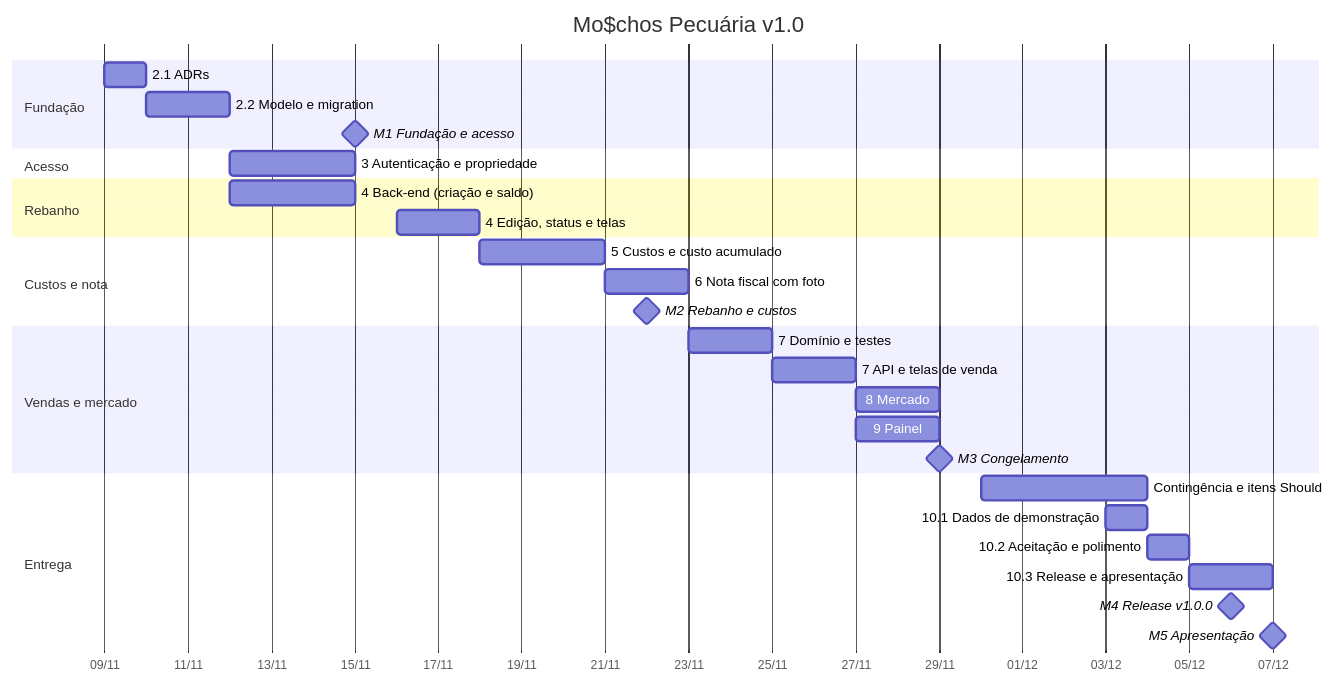
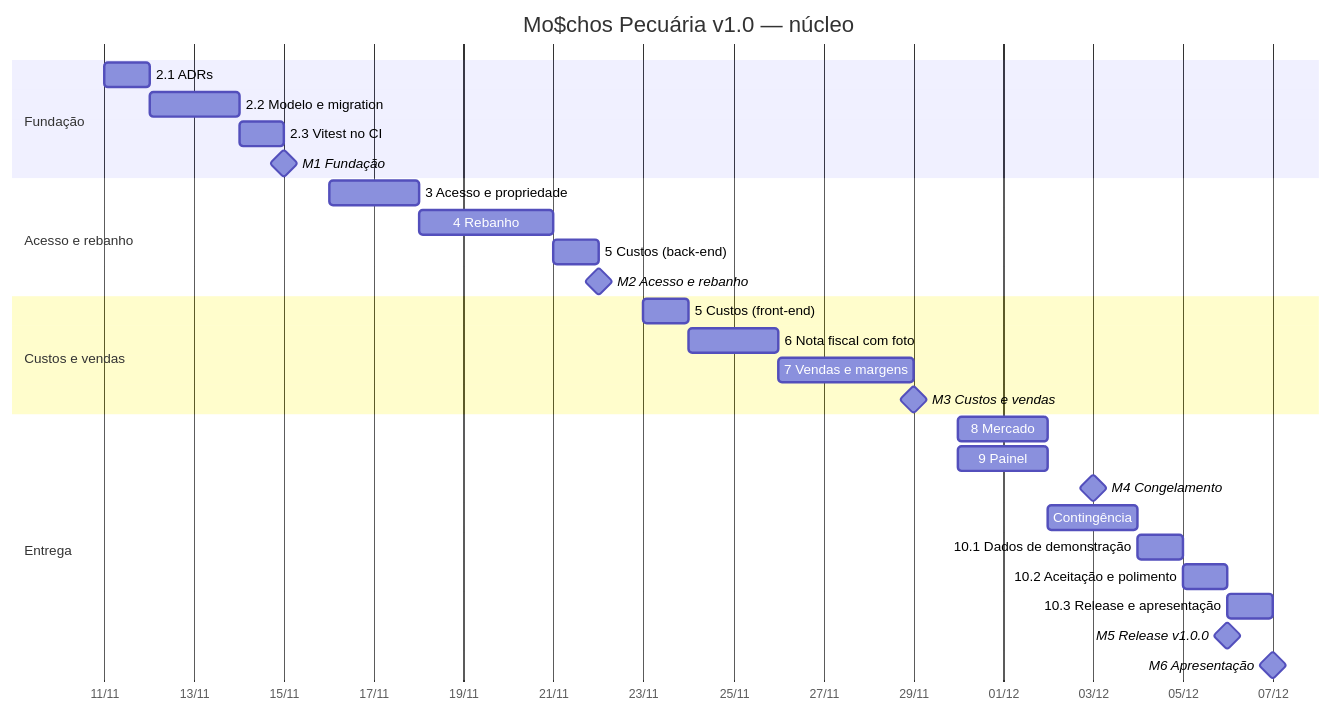
The diagram in docs/gestao/cronograma.md (HalissonPiov/moschos-pecuaria), drawn with Mermaid before and after one commit. The commit also changed other lines of this file, not shown here.

```diff
--- a/docs/gestao/cronograma.md
+++ b/docs/gestao/cronograma.md
@@ -71,38 +72,35 @@
 ~~~mermaid
 gantt
-    title Mo$chos Pecuária v1.0
+    title Mo$chos Pecuária v1.0 — núcleo
     dateFormat YYYY-MM-DD
     axisFormat %d/%m
 
     section Fundação
-    2.1 ADRs                         :a1, 2026-11-09, 1d
+    2.1 ADRs                         :a1, 2026-11-11, 1d
     2.2 Modelo e migration           :a2, after a1, 2d
-    M1 Fundação e acesso             :milestone, m1, 2026-11-15, 0d
+    2.3 Vitest no CI                 :a3, 2026-11-14, 1d
+    M1 Fundação                      :milestone, m1, 2026-11-15, 0d
 
-    section Acesso
-    3 Autenticação e propriedade     :b1, after a2, 3d
+    section Acesso e rebanho
+    3 Acesso e propriedade           :b1, 2026-11-16, 2d
+    4 Rebanho                        :b2, after b1, 3d
+    5 Custos (back-end)              :b3, after b2, 1d
+    M2 Acesso e rebanho              :milestone, m2, 2026-11-22, 0d
 
-    section Rebanho
-    4 Back-end (criação e saldo)     :c1, after a2, 3d
-    4 Edição, status e telas         :c2, 2026-11-16, 2d
-
-    section Custos e nota
-    5 Custos e custo acumulado       :d1, after c2, 3d
-    6 Nota fiscal com foto           :d2, after d1, 2d
-    M2 Rebanho e custos              :milestone, m2, 2026-11-22, 0d
-
-    section Vendas e mercado
-    7 Domínio e testes               :e1, 2026-11-23, 2d
-    7 API e telas de venda           :e2, after e1, 2d
-    8 Mercado                        :e3, after e2, 2d
-    9 Painel                         :e4, after e2, 2d
-    M3 Congelamento                  :milestone, m3, 2026-11-29, 0d
+    section Custos e vendas
+    5 Custos (front-end)             :c1, 2026-11-23, 1d
+    6 Nota fiscal com foto           :c2, after c1, 2d
+    7 Vendas e margens               :c3, after c2, 3d
+    M3 Custos e vendas               :milestone, m3, 2026-11-29, 0d
 
     section Entrega
-    Contingência e itens Should      :f1, 2026-11-30, 4d
-    10.1 Dados de demonstração       :f2, 2026-12-03, 1d
-    10.2 Aceitação e polimento       :f3, after f2, 1d
-    10.3 Release e apresentação      :f4, after f3, 2d
-    M4 Release v1.0.0                :milestone, m4, 2026-12-06, 0d
-    M5 Apresentação                  :milestone, m5, 2026-12-07, 0d
+    8 Mercado                        :d1, 2026-11-30, 2d
+    9 Painel                         :d2, 2026-11-30, 2d
+    M4 Congelamento                  :milestone, m4, 2026-12-03, 0d
+    Contingência                     :d3, 2026-12-02, 2d
+    10.1 Dados de demonstração       :d4, 2026-12-04, 1d
+    10.2 Aceitação e polimento       :d5, after d4, 1d
+    10.3 Release e apresentação      :d6, 2026-12-06, 1d
+    M5 Release v1.0.0                :milestone, m5, 2026-12-06, 0d
+    M6 Apresentação                  :milestone, m6, 2026-12-07, 0d
 ~~~
```
